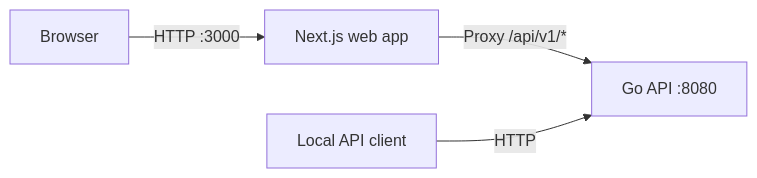
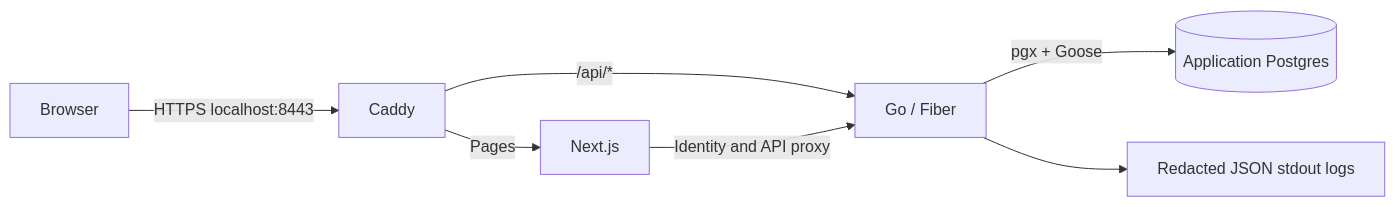
One commit to Thitipong-PP/schewise changed the diagram in docs/architecture.md. Above: the diagram before and after it, drawn with Mermaid. The commit also changed other lines of this file and 48 other files, not shown here.

````diff
--- a/docs/architecture.md
+++ b/docs/architecture.md
@@ -9,6 +7,9 @@
 ```mermaid
 flowchart LR
-    Browser[Browser] -->|HTTP :3000| Web[Next.js web app]
-    Web -->|Proxy /api/v1/*| API[Go API :8080]
-    Developer[Local API client] -->|HTTP| API
+    Browser -->|HTTPS localhost:8443| Caddy
+    Caddy -->|Pages| Next[Next.js]
+    Caddy -->|/api/*| API[Go / Fiber]
+    Next -->|Identity and API proxy| API
+    API -->|pgx + Goose| AppDB[(Application Postgres)]
+    API --> Zap[Redacted JSON stdout logs]
 ```
````
